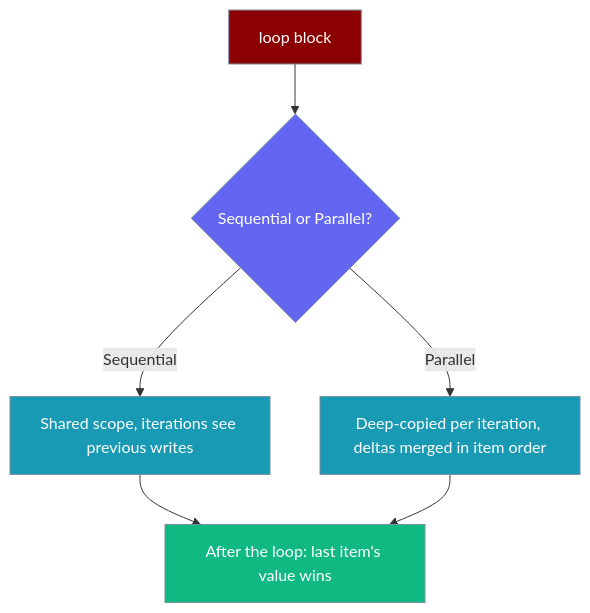
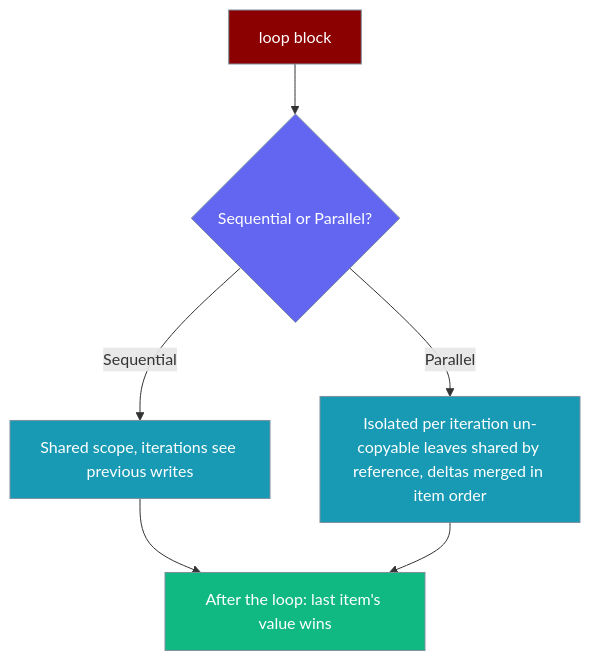
The third of 4 diagrams in docs/features/workflow-loop.mdx (MervinPraison/PraisonAIDocs), drawn with Mermaid before and after one commit. The commit also changed other lines of this file and 2 other files, not shown here.

First line of the commit message:
docs: parallel/loop tolerate non-deep-copyable workflow variables (fixes #4455)

````diff
--- a/docs/features/workflow-loop.mdx
+++ b/docs/features/workflow-loop.mdx
@@ -200,18 +200,18 @@
 ```mermaid
 graph TB
     L[loop block] --> Mode{Sequential or Parallel?}
     Mode -->|Sequential| Seq[Shared scope, iterations see previous writes]
-    Mode -->|Parallel| Par[Deep-copied per iteration, deltas merged in item order]
+    Mode -->|Parallel| Par[Isolated per iteration un-copyable leaves shared by reference, deltas merged in item order]
     Seq --> Out[After the loop: last item's value wins]
     Par --> Out
 
     classDef block fill:#8B0000,stroke:#7C90A0,color:#fff
     classDef decision fill:#6366F1,stroke:#7C90A0,color:#fff
     classDef process fill:#189AB4,stroke:#7C90A0,color:#fff
     classDef result fill:#10B981,stroke:#7C90A0,color:#fff
 
     class L block
     class Mode decision
     class Seq,Par process
     class Out result
 ```
````
